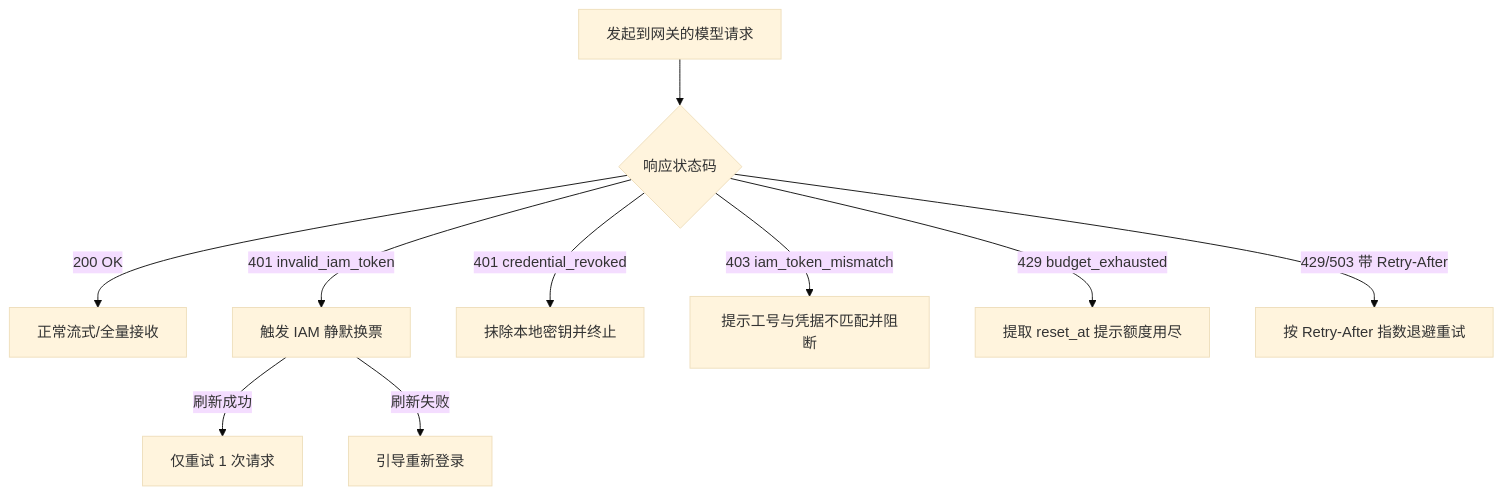
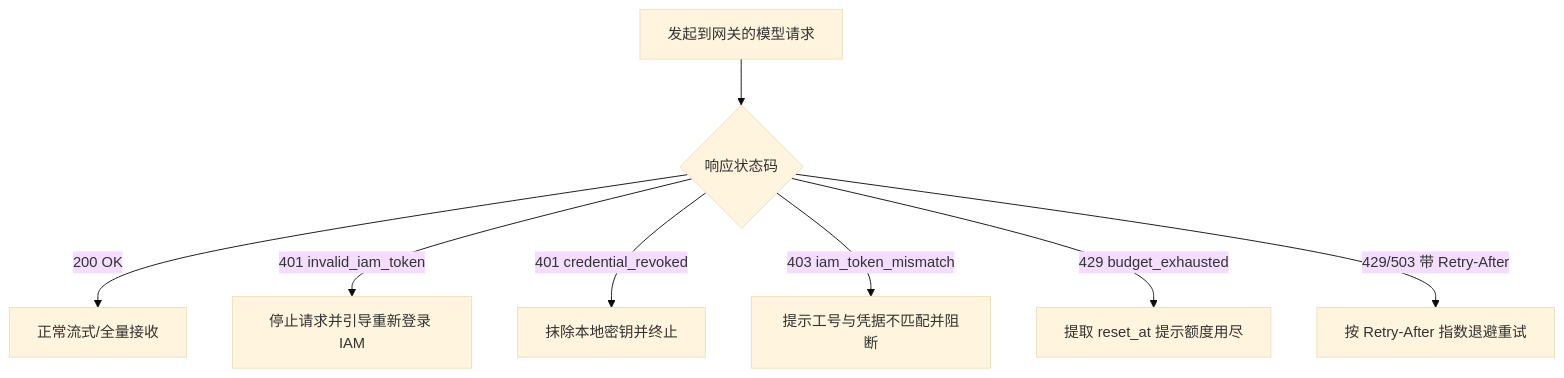
One commit to hrygo/heluo-forge changed the diagram in docs/design/plugins/forge-gateway.md. Above: the diagram before and after it, drawn with Mermaid (base theme). The commit also changed other lines of this file and 6 other files, not shown here.

````diff
--- a/docs/design/plugins/forge-gateway.md
+++ b/docs/design/plugins/forge-gateway.md
@@ -94,12 +96,10 @@
 ```mermaid
 flowchart TD
     Req[发起到网关的模型请求] --> Resp{响应状态码}
     Resp -->|200 OK| Stream[正常流式/全量接收]
-    Resp -->|401 invalid_iam_token| Refresh[触发 IAM 静默换票]
-    Refresh -->|刷新成功| Retry[仅重试 1 次请求]
-    Refresh -->|刷新失败| Login[引导重新登录]
+    Resp -->|401 invalid_iam_token| Login[停止请求并引导重新登录 IAM]
     Resp -->|401 credential_revoked| Wipe[抹除本地密钥并终止]
     Resp -->|403 iam_token_mismatch| AlertMismatch[提示工号与凭据不匹配并阻断]
     Resp -->|429 budget_exhausted| ShowBudget[提取 reset_at 提示额度用尽]
     Resp -->|429/503 带 Retry-After| Backoff[按 Retry-After 指数退避重试]
 ```
````
